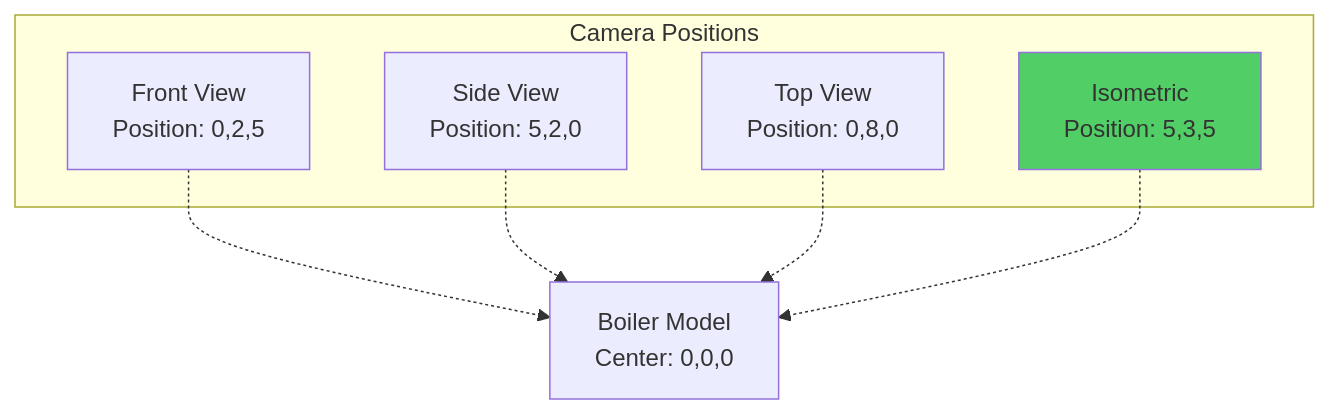
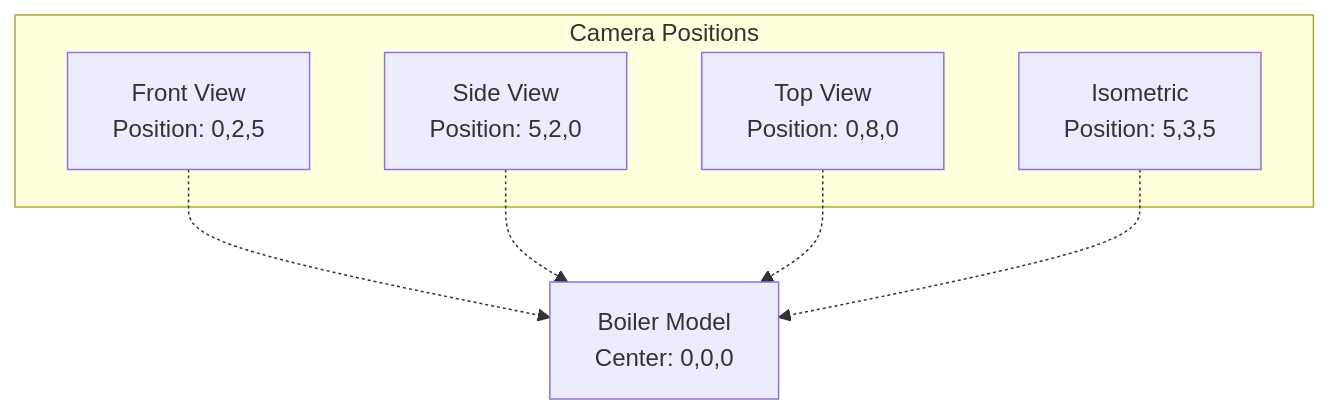
Before and after one commit to Divesh-Kshirsagar/BIMCS: the fourth of 4 diagrams in docs/3d-model.md, drawn with Mermaid. The commit also changed other lines of this file and 7 other files, not shown here.

Commit message:
refactor: remove unnecessary style definitions from documentation diagrams

````diff
--- a/docs/3d-model.md
+++ b/docs/3d-model.md
@@ -442,18 +434,17 @@
 ```mermaid
 graph TB
     subgraph "Camera Positions"
         Front[Front View<br/>Position: 0,2,5]
         Side[Side View<br/>Position: 5,2,0]
         Top[Top View<br/>Position: 0,8,0]
         Iso[Isometric<br/>Position: 5,3,5]
     end
     
     Boiler[Boiler Model<br/>Center: 0,0,0]
     
     Front -.-> Boiler
     Side -.-> Boiler
     Top -.-> Boiler
     Iso -.-> Boiler
     
-    style Iso fill:#51cf66
 ```
````
